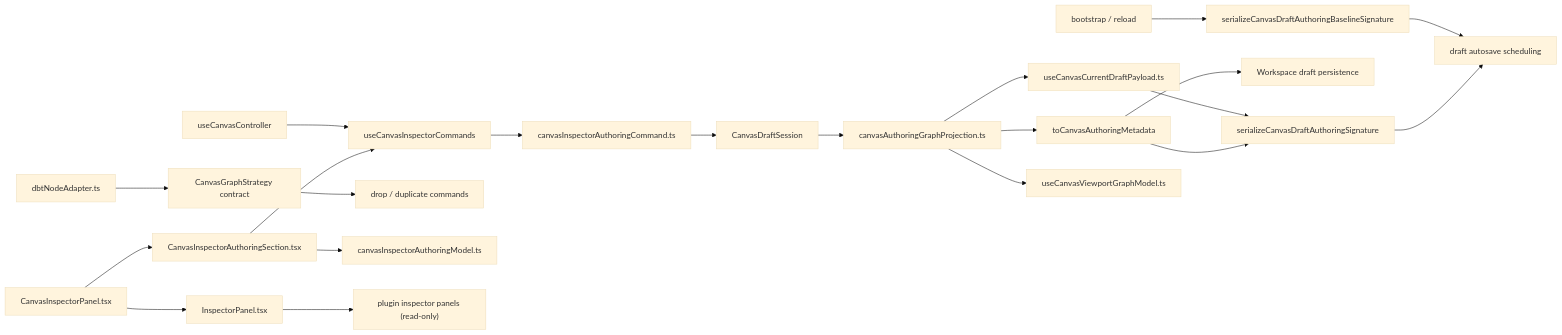
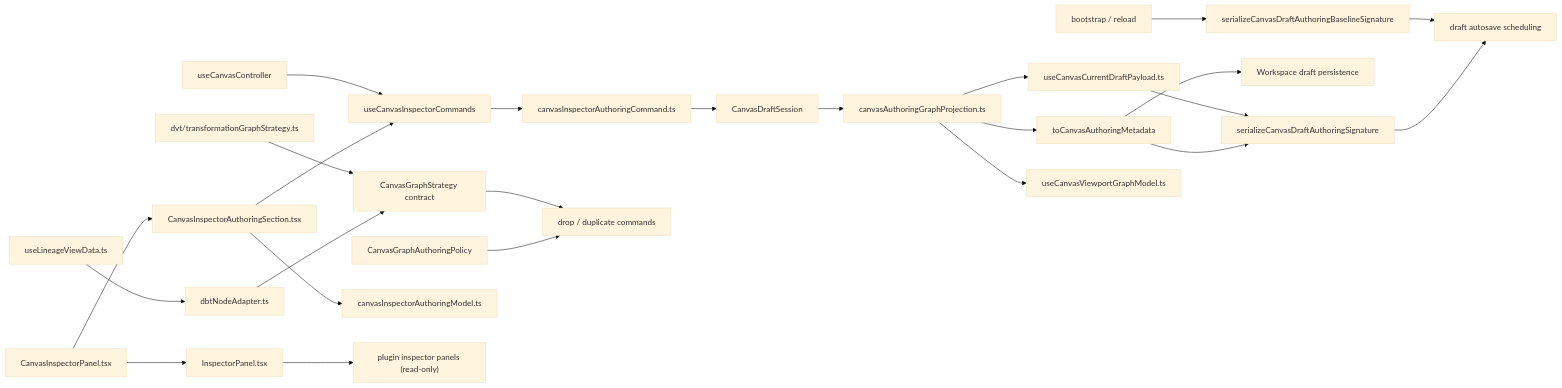
Before and after one commit to dunay2/dvt: the first of 3 diagrams in docs/architecture/components/web/graph/canvas-inspector-authoring-component.md, drawn with Mermaid (base theme). The commit also changed other lines of this file and 33 other files, not shown here.

Commit message:
fix(web): Resolve Canvas graph strategy drift

````diff
--- a/docs/architecture/components/web/graph/canvas-inspector-authoring-component.md
+++ b/docs/architecture/components/web/graph/canvas-inspector-authoring-component.md
@@ -112,24 +126,27 @@
 ```mermaid
 flowchart LR
   Controller["useCanvasController"] --> Commands["useCanvasInspectorCommands"]
   Commands --> Command["canvasInspectorAuthoringCommand.ts"]
   Command --> Session["CanvasDraftSession"]
   Session --> Projection["canvasAuthoringGraphProjection.ts"]
   Projection --> Payload["useCanvasCurrentDraftPayload.ts"]
   Payload --> Signature["serializeCanvasDraftAuthoringSignature"]
   Projection --> Metadata["toCanvasAuthoringMetadata"]
   Metadata --> Signature
   Metadata --> Persist["Workspace draft persistence"]
   Bootstrap["bootstrap / reload"] --> Baseline["serializeCanvasDraftAuthoringBaselineSignature"]
   Baseline --> Autosave
   Signature --> Autosave["draft autosave scheduling"]
   Projection --> Viewport["useCanvasViewportGraphModel.ts"]
   StrategyContract["CanvasGraphStrategy contract"] --> Drop["drop / duplicate commands"]
+  StrategyPolicy["CanvasGraphAuthoringPolicy"] --> Drop
+  DvtStrategy["dvt/transformationGraphStrategy.ts"] --> StrategyContract
   DbtAdapter["dbtNodeAdapter.ts"] --> StrategyContract
+  Lineage["useLineageViewData.ts"] --> DbtAdapter
 
   Panel["CanvasInspectorPanel.tsx"] --> Section["CanvasInspectorAuthoringSection.tsx"]
   Panel --> Passive["InspectorPanel.tsx"]
   Section --> Model["canvasInspectorAuthoringModel.ts"]
   Section --> Commands
   Passive --> PluginPanels["plugin inspector panels (read-only)"]
 ```
````
